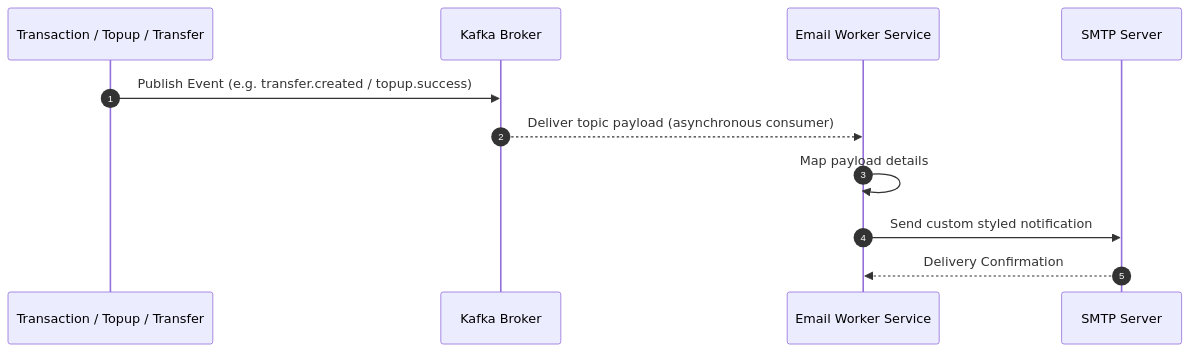
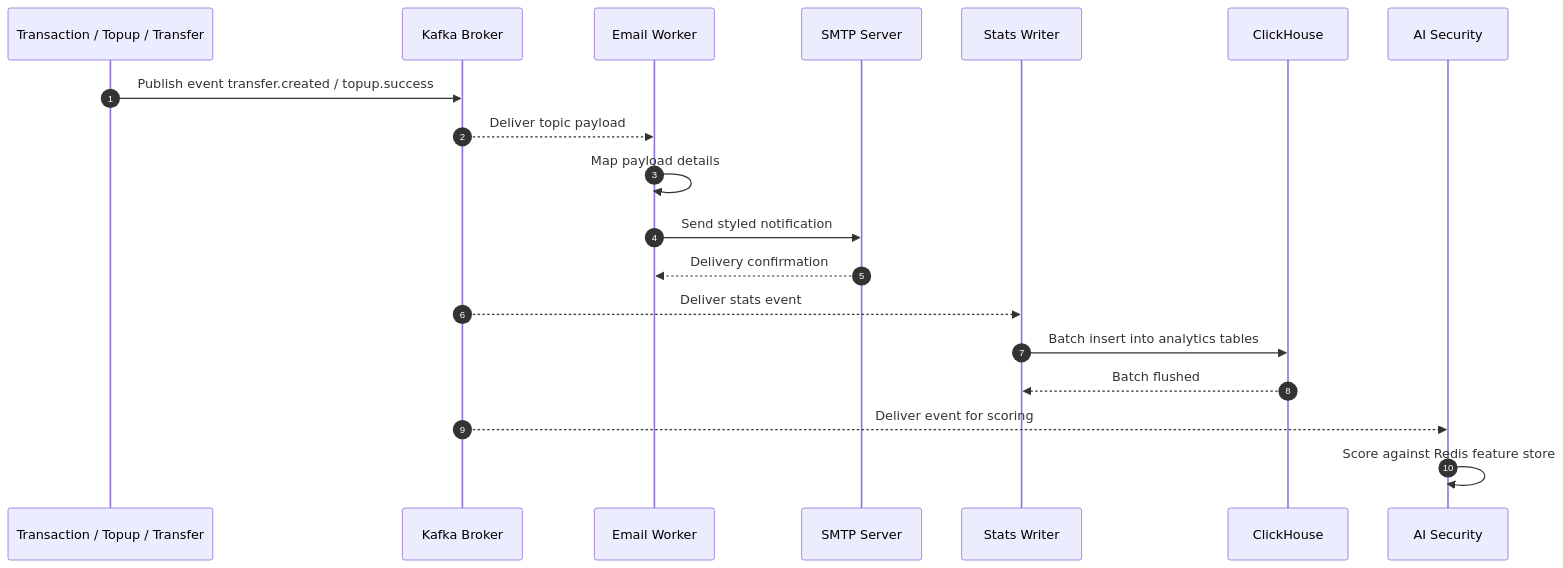
Before and after one commit to MamangRust/microservice-payment-gateway-grpc: the ninth of 15 diagrams in README.md, drawn with Mermaid. The commit also changed other lines of this file and 611 other files, not shown here.

````diff
--- a/README.md
+++ b/README.md
@@ -327,14 +614,22 @@
 ```mermaid
 sequenceDiagram
     autonumber
     participant SVC as Transaction / Topup / Transfer
     participant K as Kafka Broker
-    participant EMAIL as Email Worker Service
+    participant EMAIL as Email Worker
     participant SMTP as SMTP Server
+    participant WRITER as Stats Writer
+    participant CH as ClickHouse
+    participant AIS as AI Security
 
-    SVC->>K: Publish Event (e.g. transfer.created / topup.success)
-    K-->>EMAIL: Deliver topic payload (asynchronous consumer)
+    SVC->>K: Publish event transfer.created / topup.success
+    K-->>EMAIL: Deliver topic payload
     EMAIL->>EMAIL: Map payload details
-    EMAIL->>SMTP: Send custom styled notification
-    SMTP-->>EMAIL: Delivery Confirmation
+    EMAIL->>SMTP: Send styled notification
+    SMTP-->>EMAIL: Delivery confirmation
+    K-->>WRITER: Deliver stats event
+    WRITER->>CH: Batch insert into analytics tables
+    CH-->>WRITER: Batch flushed
+    K-->>AIS: Deliver event for scoring
+    AIS->>AIS: Score against Redis feature store
 ```
````
